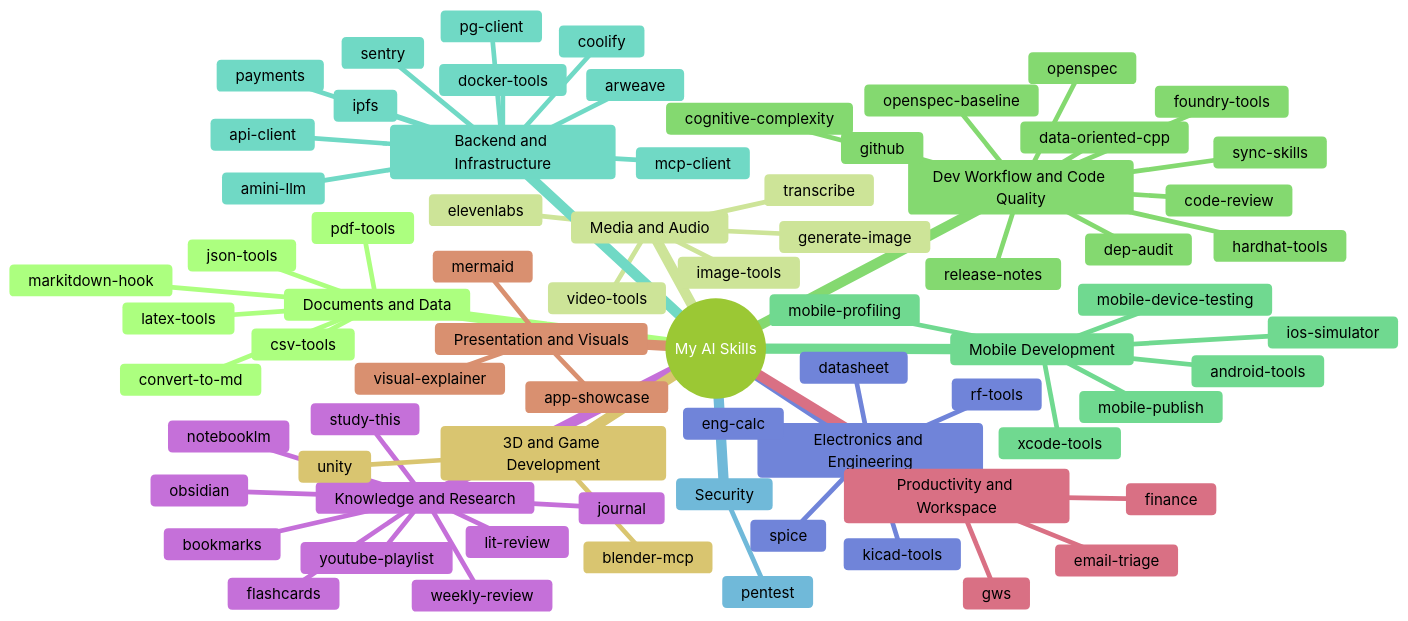
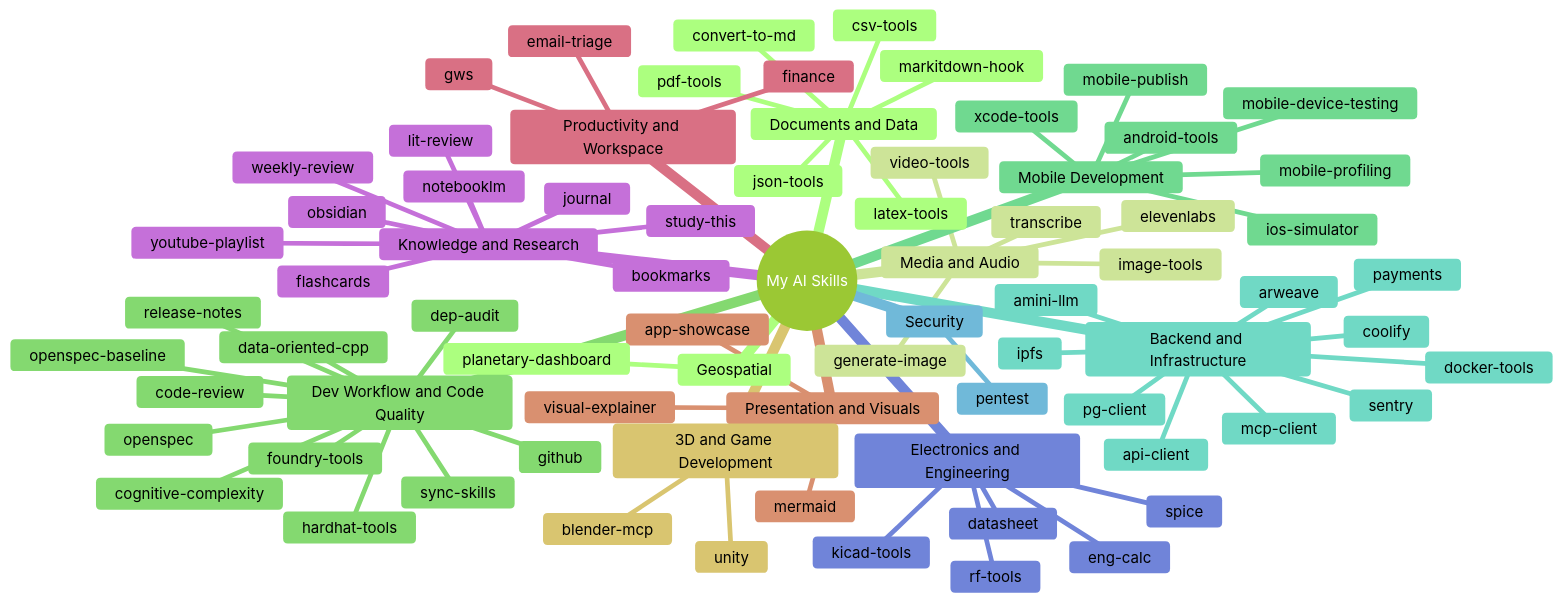
The diagram in README.md (leonardoaraujosantos/my_ai_skills), drawn with Mermaid (forest theme) before and after one commit. The commit also changed other lines of this file and 34 other files, not shown here.

First line of the commit message:
Add planetary-dashboard skill for 3D Cesium/MapLibre geospatial dashboards (#23)

````diff
--- a/README.md
+++ b/README.md
@@ -9,76 +9,78 @@
 ```mermaid
 mindmap
   root((My AI Skills))
     Documents and Data
       convert-to-md
       csv-tools
       json-tools
       latex-tools
       markitdown-hook
       pdf-tools
     Media and Audio
       elevenlabs
       generate-image
       image-tools
       transcribe
       video-tools
     Dev Workflow and Code Quality
       code-review
       cognitive-complexity
       data-oriented-cpp
       dep-audit
       foundry-tools
       github
       hardhat-tools
       openspec
       openspec-baseline
       release-notes
       sync-skills
     Mobile Development
       android-tools
       ios-simulator
       mobile-device-testing
       mobile-profiling
       mobile-publish
       xcode-tools
     Backend and Infrastructure
       amini-llm
       api-client
       arweave
       coolify
       docker-tools
       ipfs
       mcp-client
       payments
       pg-client
       sentry
     Security
       pentest
     Electronics and Engineering
       datasheet
       eng-calc
       kicad-tools
       rf-tools
       spice
     Knowledge and Research
       bookmarks
       flashcards
       journal
       lit-review
       notebooklm
       obsidian
       study-this
       weekly-review
       youtube-playlist
     Productivity and Workspace
       email-triage
       finance
       gws
     Presentation and Visuals
       app-showcase
       mermaid
       visual-explainer
     3D and Game Development
       blender-mcp
       unity
+    Geospatial
+      planetary-dashboard
 ```
````
